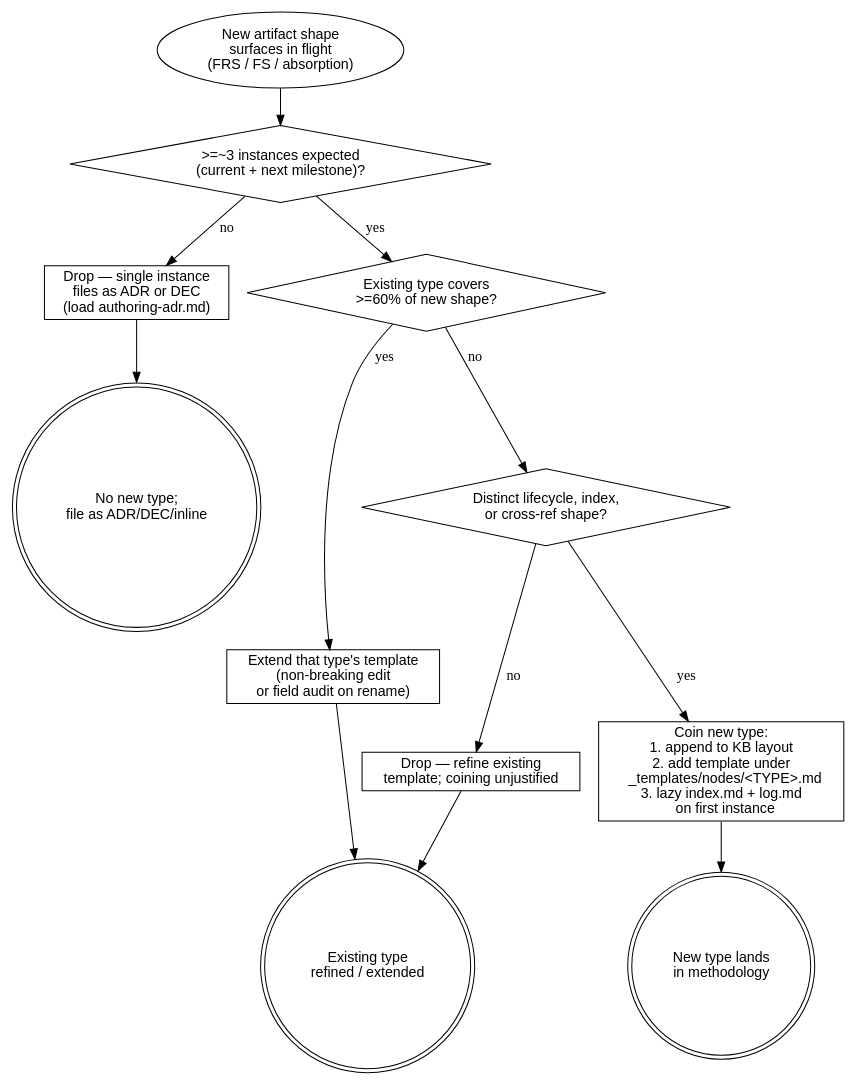
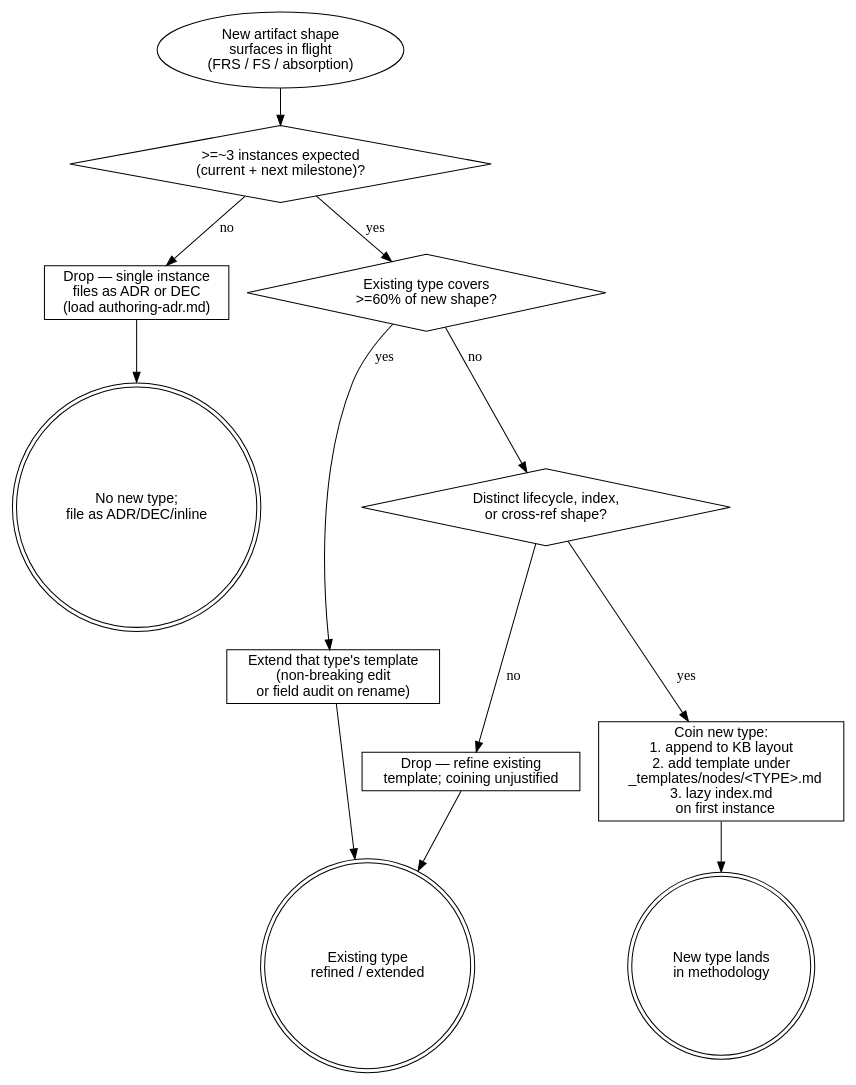
One commit to thapaliyabikendra/agentic-dev-workspace changed the diagram in sdlc/workflow/evolving-the-workflow.md. Above: the diagram before and after it, drawn with Graphviz. The commit also changed other lines of this file and 60 other files, not shown here.

````diff
--- a/sdlc/workflow/evolving-the-workflow.md
+++ b/sdlc/workflow/evolving-the-workflow.md
@@ -44,35 +44,35 @@
 ```dot
 digraph evolve_workflow {
     rankdir=TB;
     node [fontname="Helvetica"];
 
     surface  [shape=oval,    label="New artifact shape\nsurfaces in flight\n(FRS / FS / absorption)"];
 
     horizon  [shape=diamond, label=">=~3 instances expected\n(current + next milestone)?"];
     drop1    [shape=box,     label="Drop — single instance\nfiles as ADR or DEC\n(load authoring-adr.md)"];
 
     cover    [shape=diamond, label="Existing type covers\n>=60% of new shape?"];
     extend   [shape=box,     label="Extend that type's template\n(non-breaking edit\nor field audit on rename)"];
 
     lifecyc  [shape=diamond, label="Distinct lifecycle, index,\nor cross-ref shape?"];
     drop2    [shape=box,     label="Drop — refine existing\ntemplate; coining unjustified"];
 
-    coin     [shape=box,     label="Coin new type:\n1. append to KB layout\n2. add template under\n   _templates/nodes/<TYPE>.md\n3. lazy index.md + log.md\n   on first instance"];
+    coin     [shape=box,     label="Coin new type:\n1. append to KB layout\n2. add template under\n   _templates/nodes/<TYPE>.md\n3. lazy index.md\n   on first instance"];
 
     done_ext [shape=doublecircle, label="Existing type\nrefined / extended"];
     done_new [shape=doublecircle, label="New type lands\nin methodology"];
     done_drp [shape=doublecircle, label="No new type;\nfile as ADR/DEC/inline"];
 
     surface  -> horizon;
     horizon  -> drop1  [label="no"];
     horizon  -> cover  [label="yes"];
     cover    -> extend [label="yes"];
     cover    -> lifecyc [label="no"];
     lifecyc  -> drop2 [label="no"];
     lifecyc  -> coin  [label="yes"];
     extend   -> done_ext;
     drop1    -> done_drp;
     drop2    -> done_ext;
     coin     -> done_new;
 }
 ```
````
